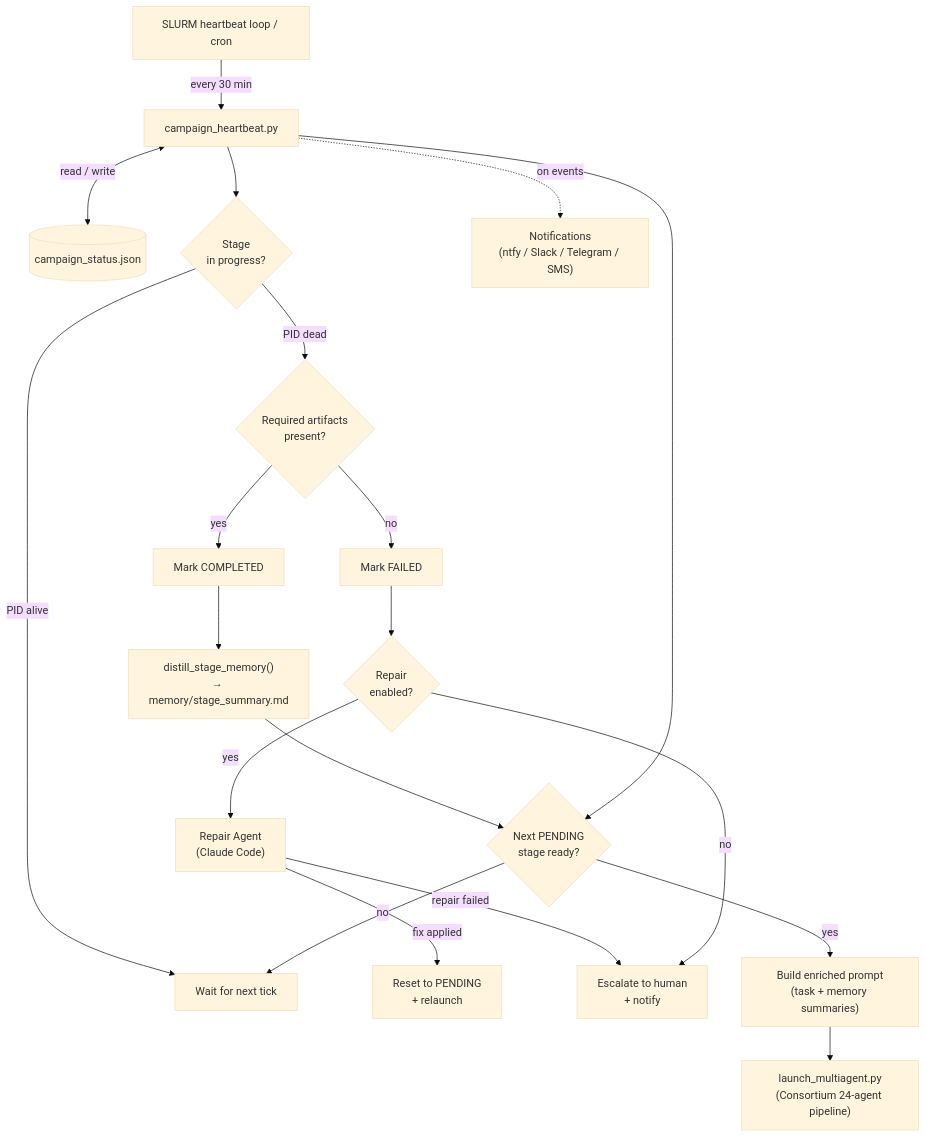
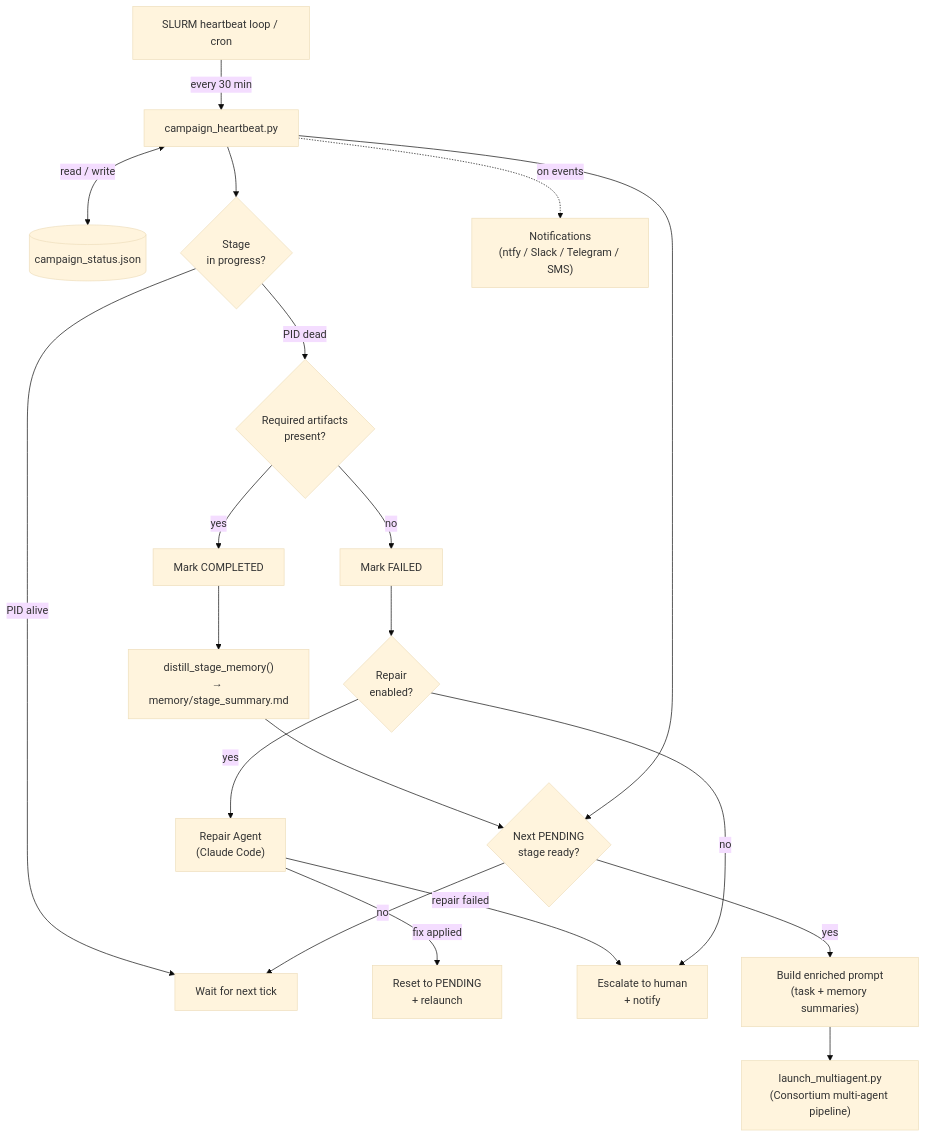
One commit to andreb999999/pAI-physics changed the third of 6 diagrams in README.md. Above: the diagram before and after it, drawn with Mermaid (base theme). The commit also changed other lines of this file and 35 other files, not shown here.

````diff
--- a/README.md
+++ b/README.md
@@ -578,27 +653,27 @@
 ```mermaid
 flowchart TD
     scheduler["SLURM heartbeat loop / cron"] -->|"every 30 min"| heartbeat["campaign_heartbeat.py"]
     heartbeat <-->|"read / write"| statusFile[("campaign_status.json")]
 
     heartbeat --> checkStage{"Stage\nin progress?"}
     checkStage -->|"PID alive"| wait["Wait for next tick"]
     checkStage -->|"PID dead"| checkArtifacts{"Required artifacts\npresent?"}
 
     checkArtifacts -->|"yes"| markComplete["Mark COMPLETED"]
     markComplete --> distill["distill_stage_memory()\n→ memory/stage_summary.md"]
     distill --> launchNext
 
     checkArtifacts -->|"no"| markFailed["Mark FAILED"]
     markFailed --> repairCheck{"Repair\nenabled?"}
     repairCheck -->|"yes"| repair["Repair Agent\n(Claude Code)"]
     repair -->|"fix applied"| relaunch["Reset to PENDING\n+ relaunch"]
     repair -->|"repair failed"| escalate["Escalate to human\n+ notify"]
     repairCheck -->|"no"| escalate
 
     heartbeat --> launchNext{"Next PENDING\nstage ready?"}
     launchNext -->|"yes"| buildPrompt["Build enriched prompt\n(task + memory summaries)"]
-    buildPrompt --> launch["launch_multiagent.py\n(Consortium 24-agent pipeline)"]
+    buildPrompt --> launch["launch_multiagent.py\n(Consortium multi-agent pipeline)"]
     launchNext -->|"no"| wait
 
     heartbeat -.->|"on events"| notify["Notifications\n(ntfy / Slack / Telegram / SMS)"]
 ```
````
